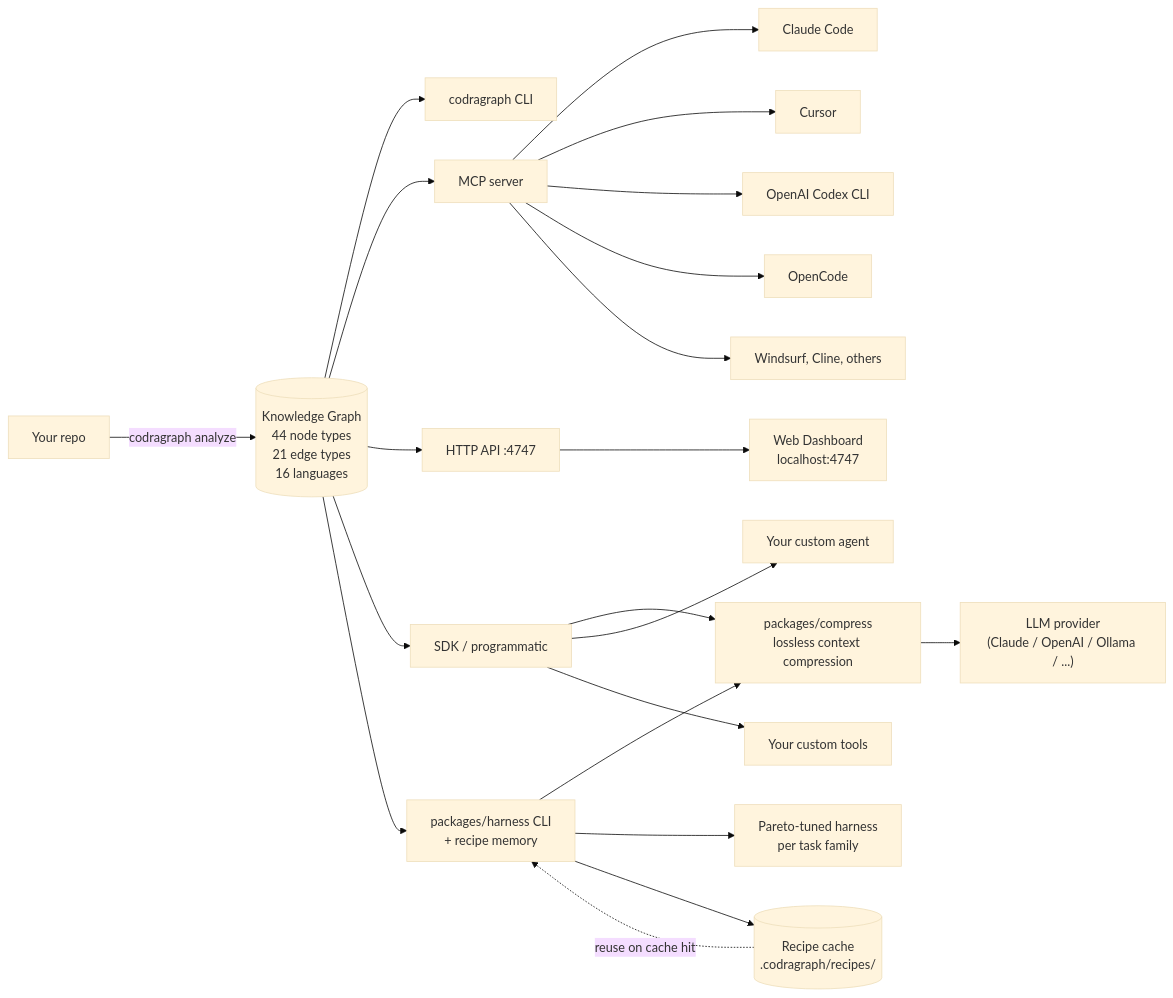
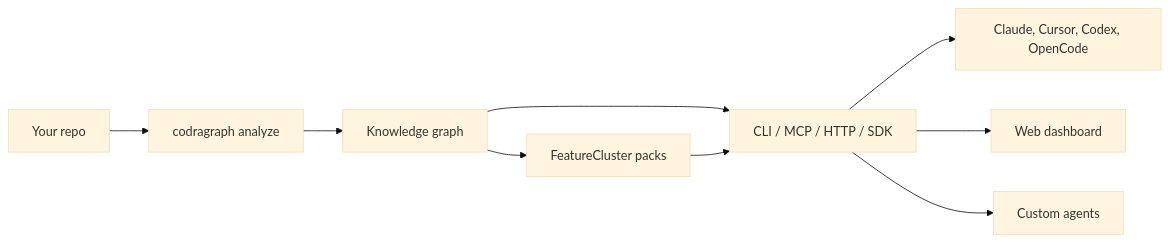
The first of 10 diagrams in README.md (AnitChaudhry/CodraGraph), drawn with Mermaid (base theme) before and after one commit. The commit also changed other lines of this file and 163 other files, not shown here.

Commit message:
Implement feature cluster architecture and production polish

````diff
--- a/README.md
+++ b/README.md
@@ -44,25 +44,11 @@
 ```mermaid
 flowchart LR
-    Code["Your repo"] -->|codragraph analyze| Graph[("Knowledge Graph<br/>44 node types<br/>21 edge types<br/>16 languages")]
-    Graph --> CLI["codragraph CLI"]
-    Graph --> MCP["MCP server"]
-    Graph --> HTTP["HTTP API :4747"]
-    Graph --> SDK["SDK / programmatic"]
-    Graph --> Harness["packages/harness CLI<br/>+ recipe memory"]
-    SDK --> Compress["packages/compress<br/>lossless context compression"]
-    Harness --> Compress
-
-    MCP --> Claude["Claude Code"]
-    MCP --> Cursor["Cursor"]
-    MCP --> Codex["OpenAI Codex CLI"]
-    MCP --> OpenCode["OpenCode"]
-    MCP --> Windsurf["Windsurf, Cline, others"]
-
-    HTTP --> Web["Web Dashboard<br/>localhost:4747"]
-    SDK --> CustomAgent["Your custom agent"]
-    SDK --> CustomTools["Your custom tools"]
-    Harness --> Frontier["Pareto-tuned harness<br/>per task family"]
-    Harness --> Recipes[("Recipe cache<br/>.codragraph/recipes/")]
-    Recipes -.->|reuse on cache hit| Harness
-    Compress --> LLM["LLM provider<br/>(Claude / OpenAI / Ollama / ...)"]
+    Repo["Your repo"] --> CLI["codragraph analyze"]
+    CLI --> Graph["Knowledge graph"]
+    Graph --> Features["FeatureCluster packs"]
+    Graph --> Tools["CLI / MCP / HTTP / SDK"]
+    Features --> Tools
+    Tools --> Agents["Claude, Cursor, Codex, OpenCode"]
+    Tools --> Web["Web dashboard"]
+    Tools --> SDK["Custom agents"]
 ```
````
